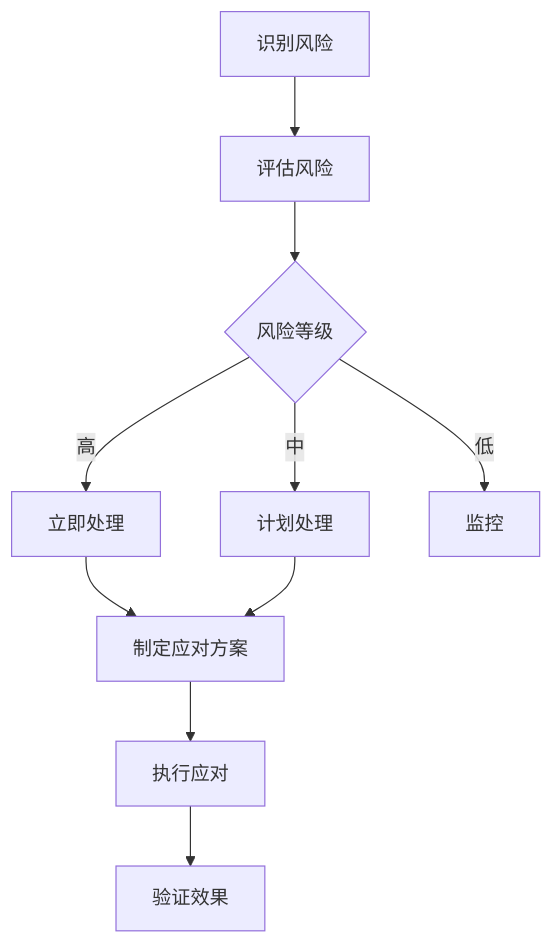
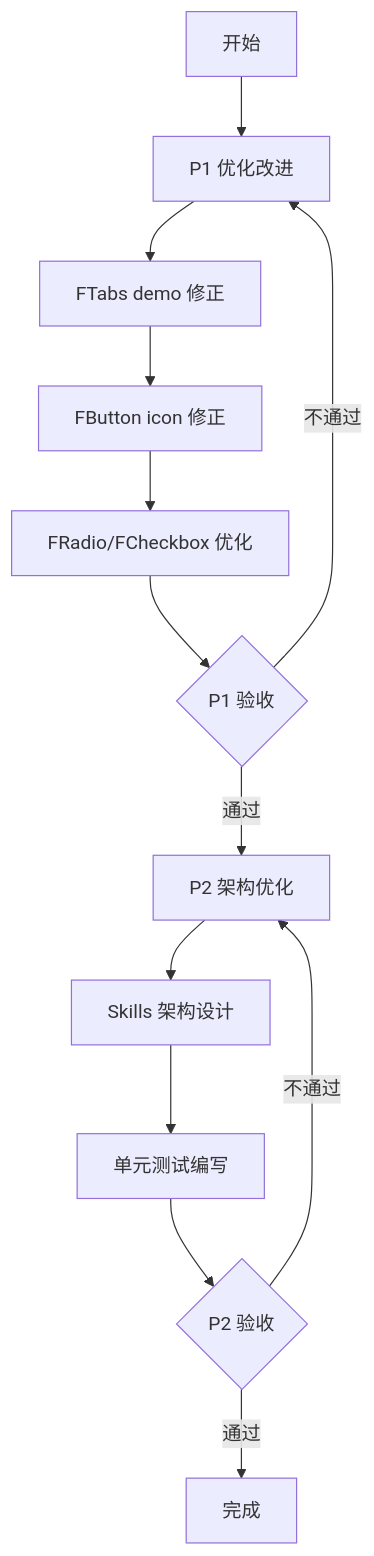
Before and after one commit to geniusmanyxh/FitUI: the diagram in .trae/documents/FitUI 组件库修复计划.md, drawn with Mermaid. The commit also changed other lines of this file and 7 other files, not shown here.

````diff
--- a/.trae/documents/FitUI 组件库修复计划.md
+++ b/.trae/documents/FitUI 组件库修复计划.md
@@ -1372,12 +354,15 @@
 ```mermaid
 graph TD
-    A[识别风险] --> B[评估风险]
-    B --> C{风险等级}
-    C -->|高 | D[立即处理]
-    C -->|中 | E[计划处理]
-    C -->|低 | F[监控]
-    D --> G[制定应对方案]
-    E --> G
-    G --> H[执行应对]
-    H --> I[验证效果]
+    A[开始] --> B[P1 优化改进]
+    B --> B1[FTabs demo 修正]
+    B1 --> B2[FButton icon 修正]
+    B2 --> B3[FRadio/FCheckbox 优化]
+    B3 --> C{P1 验收}
+    C -->|通过 | D[P2 架构优化]
+    C -->|不通过 | B
+    D --> D1[Skills 架构设计]
+    D1 --> D2[单元测试编写]
+    D2 --> E{P2 验收}
+    E -->|通过 | F[完成]
+    E -->|不通过 | D
 ```
````
